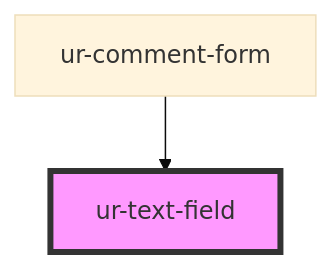
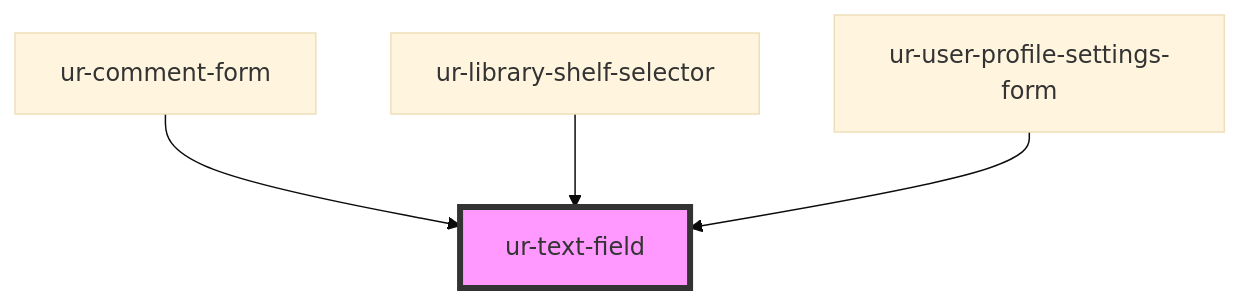
Before and after one commit to hellish/urnovl-web-components: the diagram in src/components/ur-text-field/readme.md, drawn with Mermaid (base theme). The commit also changed other lines of this file and 225 other files, not shown here.

````diff
--- a/src/components/ur-text-field/readme.md
+++ b/src/components/ur-text-field/readme.md
@@ -52,5 +54,7 @@
 ```mermaid
 graph TD;
   ur-comment-form --> ur-text-field
+  ur-library-shelf-selector --> ur-text-field
+  ur-user-profile-settings-form --> ur-text-field
   style ur-text-field fill:#f9f,stroke:#333,stroke-width:4px
 ```
````
